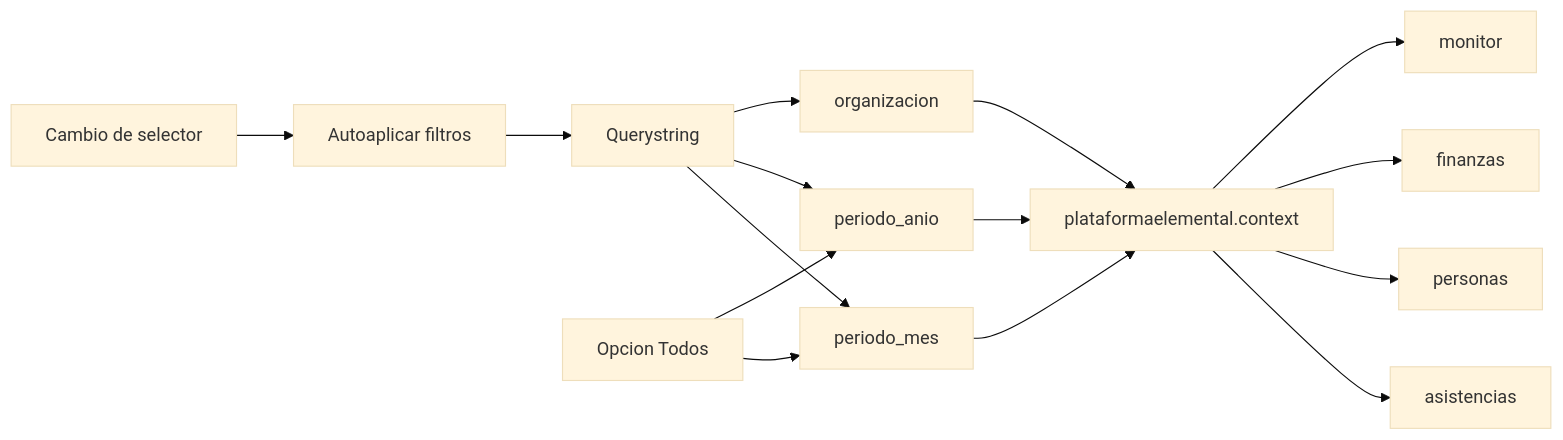
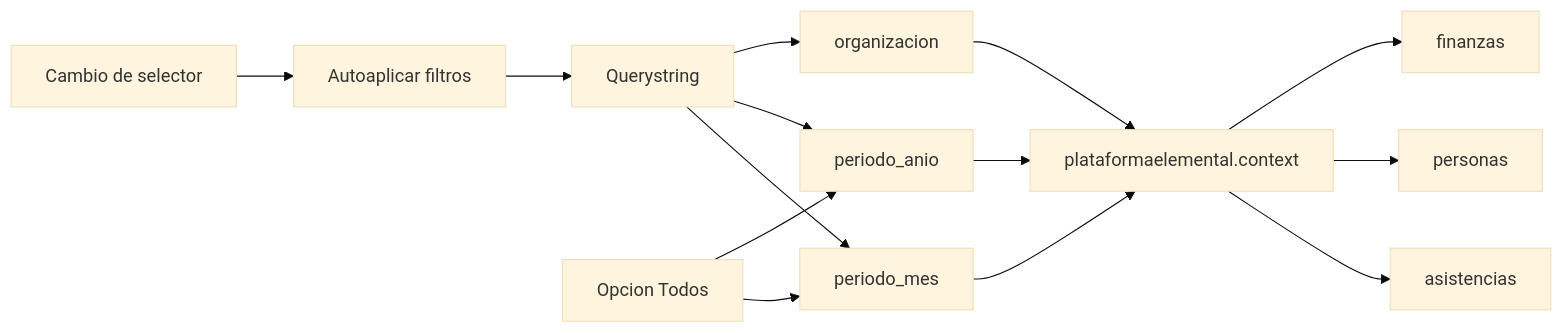
One commit to alvaroavx/avx-django-plataformaelemental changed the first of 2 diagrams in docs/arquitectura/NAVEGACION_Y_CONTEXTO.md. Above: the diagram before and after it, drawn with Mermaid (base theme). The commit also changed other lines of this file and 42 other files, not shown here.

````diff
--- a/docs/arquitectura/NAVEGACION_Y_CONTEXTO.md
+++ b/docs/arquitectura/NAVEGACION_Y_CONTEXTO.md
@@ -22,17 +21,16 @@
 ```mermaid
 flowchart LR
     A["Querystring"] --> B["periodo_mes"]
     A --> C["periodo_anio"]
     A --> D["organizacion"]
     B --> E["plataformaelemental.context"]
     C --> E
     D --> E
     E --> F["asistencias"]
     E --> G["personas"]
     E --> H["finanzas"]
-    E --> I["monitor"]
     J["Cambio de selector"] --> K["Autoaplicar filtros"]
     K --> A
     L["Opcion Todos"] --> B
     L --> C
 ```
````
